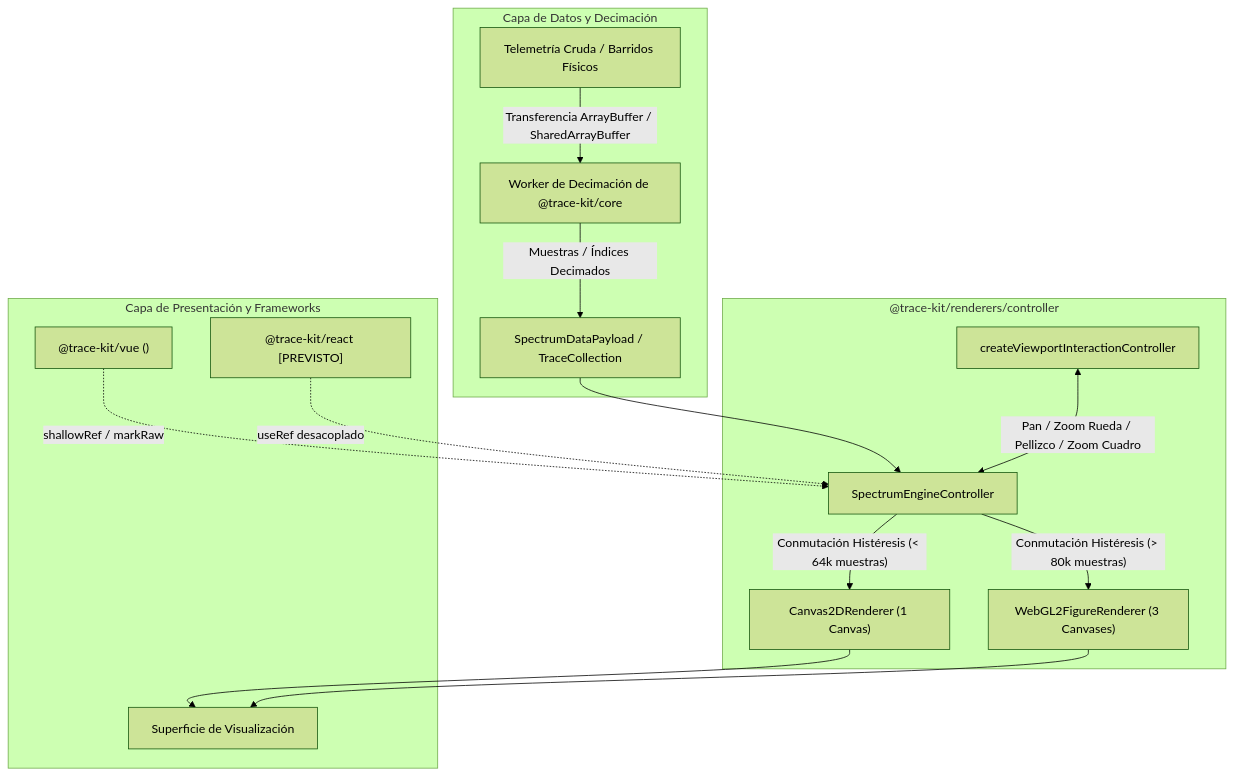
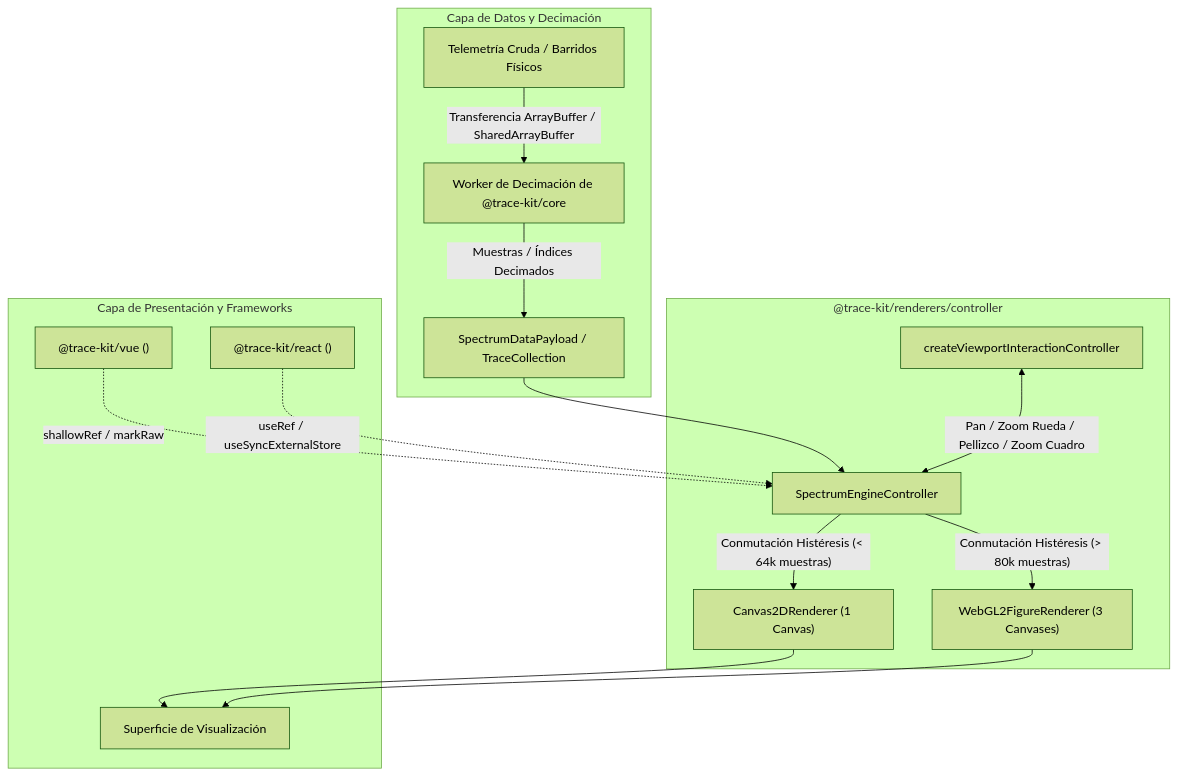
One commit to nelomr/trace-kit changed the diagram in README.es.md. Above: the diagram before and after it, drawn with Mermaid (forest theme). The commit also changed other lines of this file and 35 other files, not shown here.

Commit message:
feat(react): implement @trace-kit/react unmanaged-canvas React 18/19 adapter (Step 11)

````diff
--- a/README.es.md
+++ b/README.es.md
@@ -120,21 +124,21 @@
 ```mermaid
 flowchart TD
     subgraph Data Layer ["Capa de Datos y Decimación"]
         DS["Telemetría Cruda / Barridos Físicos"] -->|"Transferencia ArrayBuffer / SharedArrayBuffer"| CoreWorker["Worker de Decimación de @trace-kit/core"]
         CoreWorker -->|"Muestras / Índices Decimados"| Payload["SpectrumDataPayload / TraceCollection"]
     end
 
     subgraph Controller Layer ["@trace-kit/renderers/controller"]
         Payload --> EngineCtrl["SpectrumEngineController"]
         Interact["createViewportInteractionController"] <-->|"Pan / Zoom Rueda / Pellizco / Zoom Cuadro"| EngineCtrl
         EngineCtrl -->|"Conmutación Histéresis (< 64k muestras)"| CanvasEngine["Canvas2DRenderer (1 Canvas)"]
         EngineCtrl -->|"Conmutación Histéresis (> 80k muestras)"| WebGLEngine["WebGL2FigureRenderer (3 Canvases)"]
     end
 
     subgraph Presentation Layer ["Capa de Presentación y Frameworks"]
         CanvasEngine --> Viewport["Superficie de Visualización"]
         WebGLEngine --> Viewport
         VueAdapter["@trace-kit/vue (<TraceSpectrumViewer>)"] -.->|"shallowRef / markRaw"| EngineCtrl
-        ReactAdapter["@trace-kit/react [PREVISTO]"] -.->|"useRef desacoplado"| EngineCtrl
+        ReactAdapter["@trace-kit/react (<TraceSpectrumViewer>)"] -.->|"useRef / useSyncExternalStore"| EngineCtrl
     end
 ```
````
